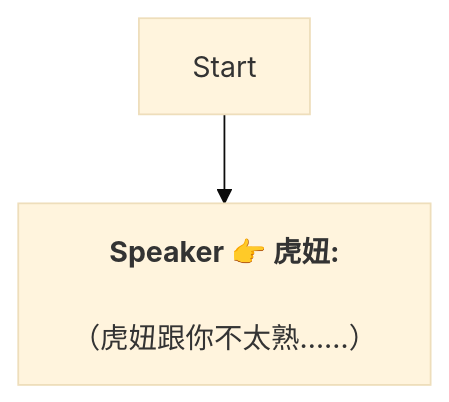
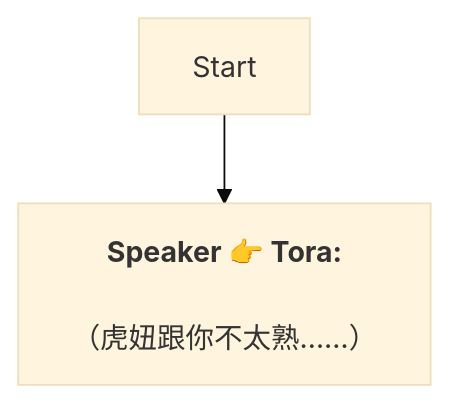
One commit to SoftHu/tos_avg changed the diagram in Zh/Tora.md. Above: the diagram before and after it, drawn with Mermaid (base theme). The commit also changed 737 other files, not shown here.

````diff
--- a/Zh/Tora.md
+++ b/Zh/Tora.md
@@ -1,7 +1,6 @@
 ```mermaid
 graph
-Start -->1741635402456294[<b>Speaker 👉 虎妞:</b>
+Start -->1741635402456294[<b>Speaker 👉 Tora:</b>
+\n（虎妞跟你不太熟……）]
 
-（虎妞跟你不太熟……）]
-
- ```
+```
````
